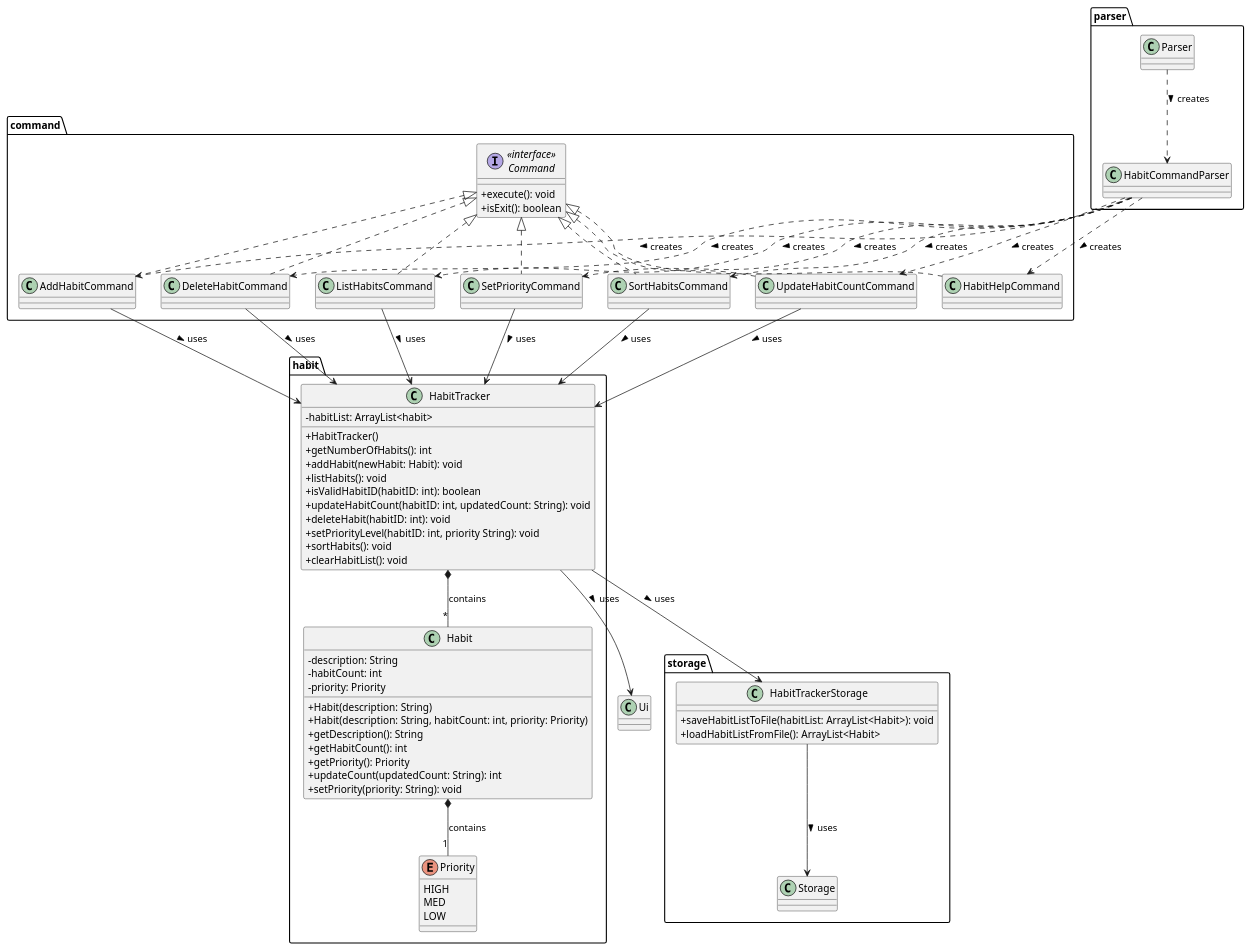
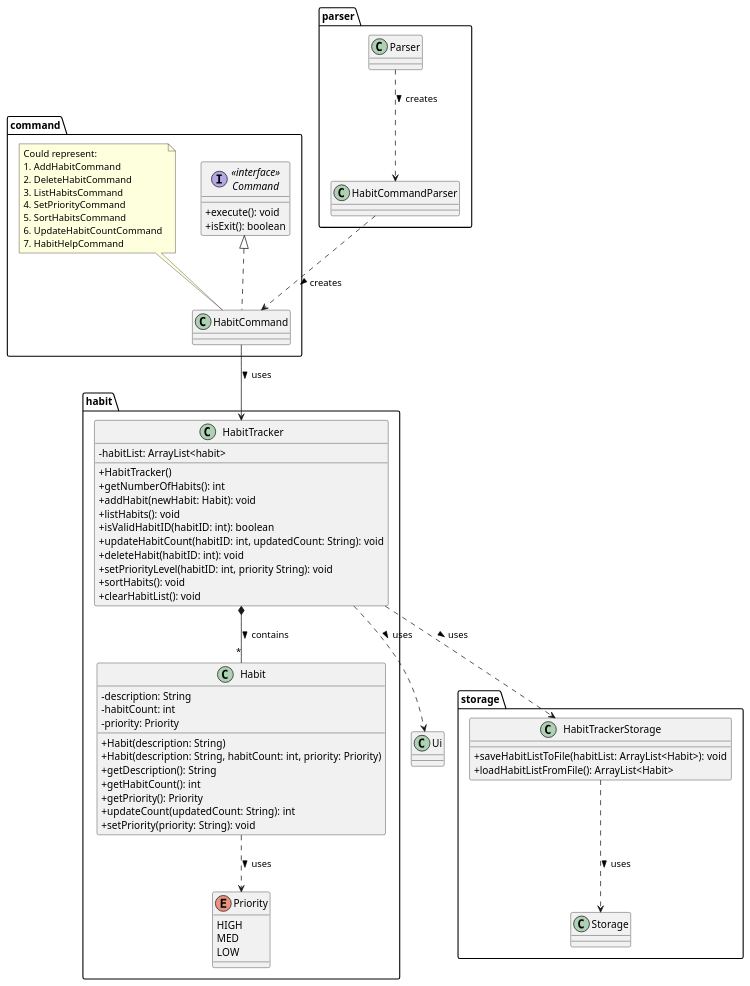
One commit to AY2324S2-CS2113-T11-1/tp changed the diagram in docs/diagrams/habit/HabitTracker.puml. Above: the diagram before and after it, drawn with PlantUML. The commit also changed 3 other files, not shown here.

Commit message:
Update habit class and sequence diagrams

```diff
--- a/docs/diagrams/habit/HabitTracker.puml
+++ b/docs/diagrams/habit/HabitTracker.puml
@@ -1,117 +1,90 @@
 @startuml
 'https://plantuml.com/class-diagram
 
 skinparam classAttributeIconSize 0
 
 package parser {
     class HabitCommandParser {
     }
 
     class Parser {
     }
 }
 
 package command {
     interface "<<interface>>\nCommand" as Command {
                + execute(): void
                + isExit(): boolean
     }
 
-    class AddHabitCommand implements Command {
+    class HabitCommand implements Command {
     }
-
-    class DeleteHabitCommand implements Command {
-    }
-
-    class ListHabitsCommand implements Command {
-    }
-
-    class SetPriorityCommand implements Command {
-    }
-
-    class SortHabitsCommand implements Command {
-    }
-
-    class UpdateHabitCountCommand implements Command {
-    }
-
-    class HabitHelpCommand implements Command {
-    }
+    note top of HabitCommand: Could represent: \n1. AddHabitCommand \n2. DeleteHabitCommand \n3. ListHabitsCommand \n4. SetPriorityCommand \n5. SortHabitsCommand \n6. UpdateHabitCountCommand \n7. HabitHelpCommand
 }
 
 Package habit {
     class HabitTracker {
         - habitList: ArrayList<habit>
 
         + HabitTracker()
         + getNumberOfHabits(): int
         + addHabit(newHabit: Habit): void
         + listHabits(): void
         + isValidHabitID(habitID: int): boolean
         + updateHabitCount(habitID: int, updatedCount: String): void
         + deleteHabit(habitID: int): void
         + setPriorityLevel(habitID: int, priority String): void
         + sortHabits(): void
         + clearHabitList(): void
     }
 
     class Habit {
         - description: String
         - habitCount: int
         - priority: Priority
 
         + Habit(description: String)
         + Habit(description: String, habitCount: int, priority: Priority)
         + getDescription(): String
         + getHabitCount(): int
         + getPriority(): Priority
         + updateCount(updatedCount: String): int
         + setPriority(priority: String): void
     }
 
     enum Priority {
       HIGH
       MED
       LOW
     }
 }
 
 Package storage {
     class Storage {
     }
 
     class HabitTrackerStorage {
         + saveHabitListToFile(habitList: ArrayList<Habit>): void
         + loadHabitListFromFile(): ArrayList<Habit>
     }
 }
 
 class Ui {
 }
 
-HabitTracker *-- "*" Habit : contains
-Habit *-- "1" Priority : contains
+HabitTracker *-- "*" Habit : contains >
+Habit ..> Priority : uses >
 
-HabitTracker --> HabitTrackerStorage : uses >
-HabitTrackerStorage --> Storage : uses >
-HabitTracker --> Ui : uses >
+HabitTracker ..> HabitTrackerStorage : uses >
+HabitTrackerStorage ..> Storage : uses >
+HabitTracker ..> Ui : uses >
 
 Parser ..> HabitCommandParser : creates >
-HabitCommandParser .DOWN.> AddHabitCommand : creates >
-HabitCommandParser .DOWN.> DeleteHabitCommand : creates >
-HabitCommandParser .DOWN.> ListHabitsCommand : creates >
-HabitCommandParser .DOWN.> SetPriorityCommand : creates >
-HabitCommandParser .DOWN.> SortHabitsCommand : creates >
-HabitCommandParser .DOWN.> UpdateHabitCountCommand : creates >
-HabitCommandParser .DOWN.> HabitHelpCommand : creates >
+HabitCommandParser .DOWN.> HabitCommand : creates >
 
-AddHabitCommand --> HabitTracker : uses >
-DeleteHabitCommand --> HabitTracker : uses >
-ListHabitsCommand --> HabitTracker : uses >
-SetPriorityCommand --> HabitTracker : uses >
-SortHabitsCommand --> HabitTracker : uses >
-UpdateHabitCountCommand --> HabitTracker : uses >
+HabitCommand --> HabitTracker : uses >
+
 
 
 
 @enduml
```
